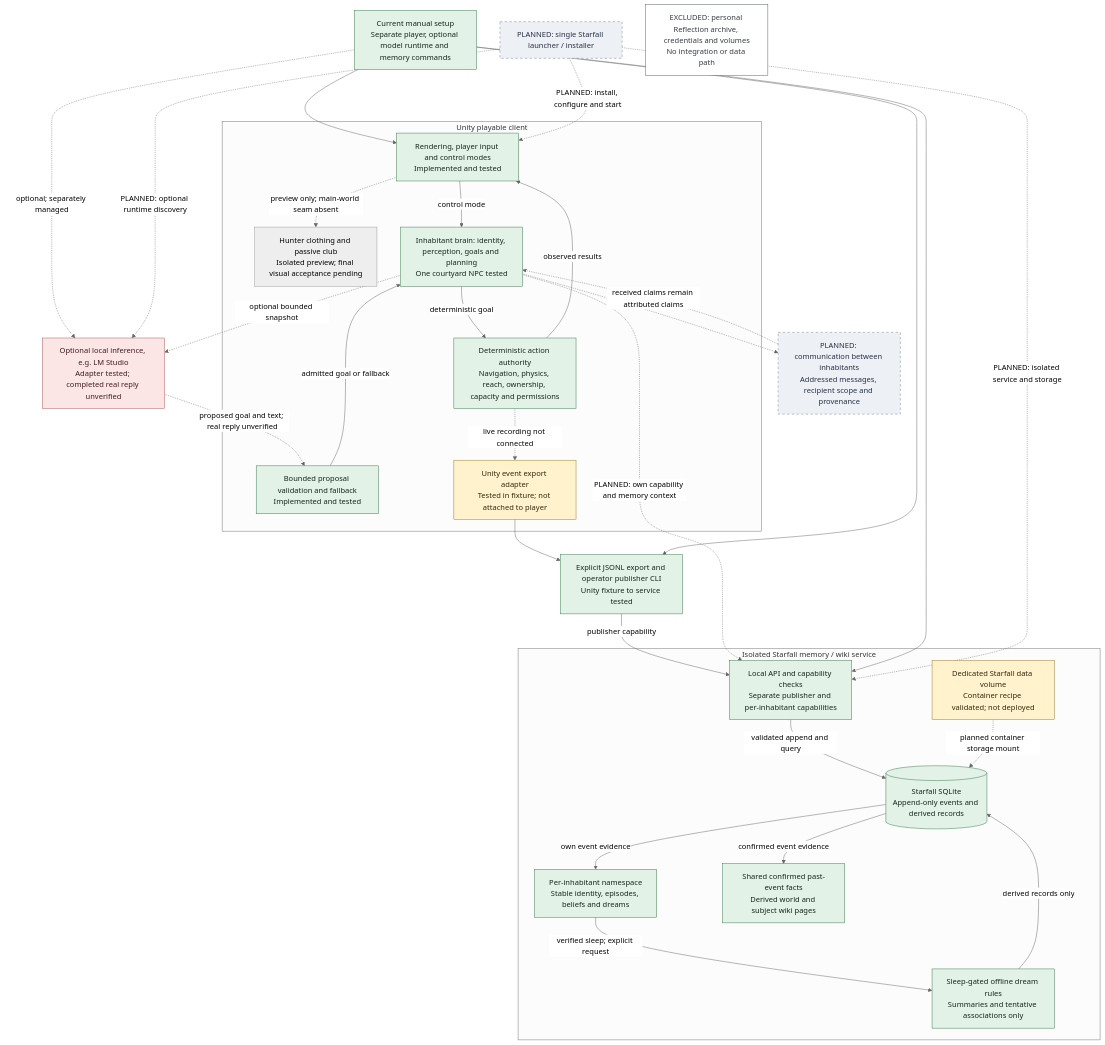
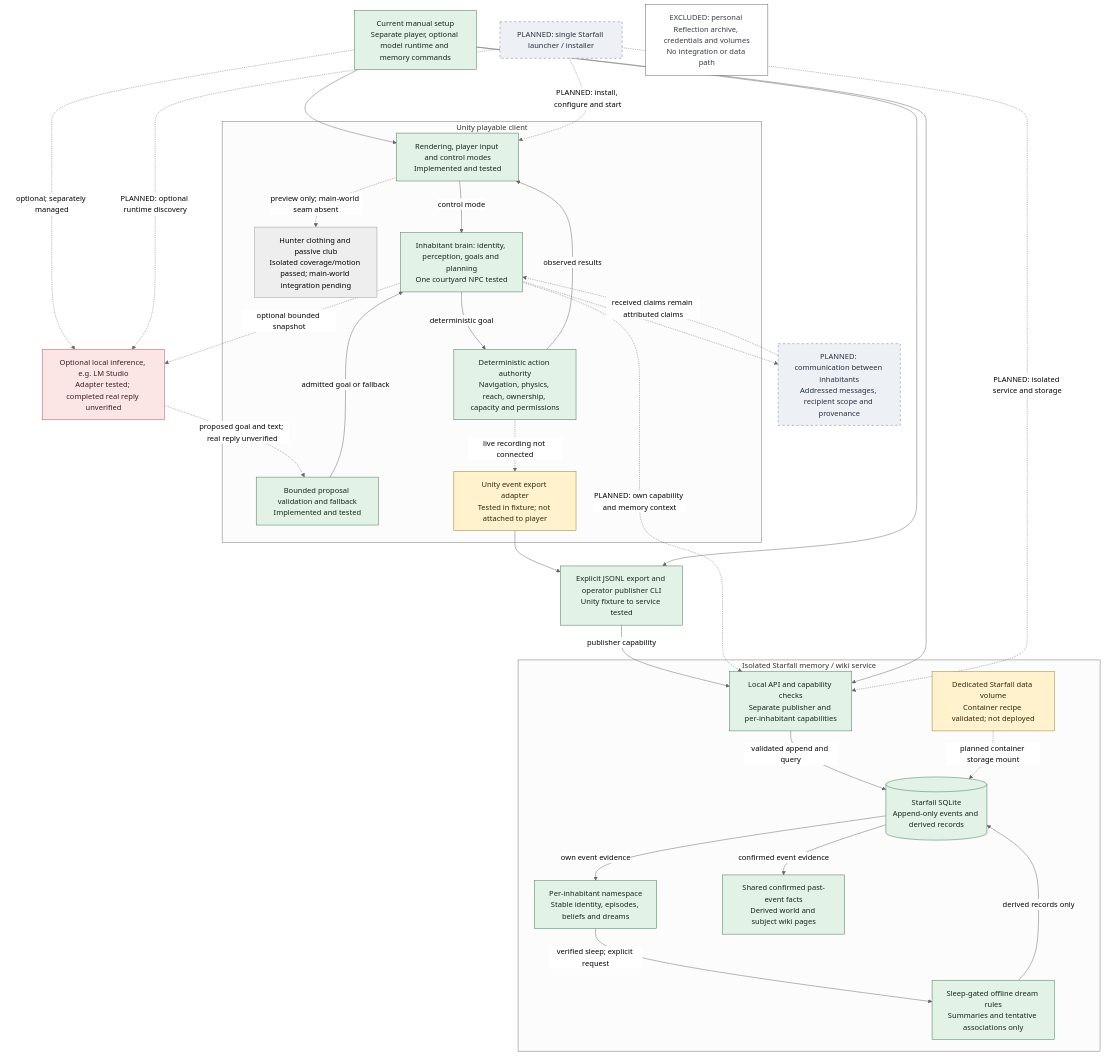
Before and after one commit to duikindiesee/kooker-starfall: the diagram in docs/SYSTEM-ARCHITECTURE.md, drawn with Mermaid (neutral theme). The commit also changed other lines of this file and 22 other files, not shown here.

Commit message:
Record passed isolated hunter coverage and integration handoff evidence

````diff
--- a/docs/SYSTEM-ARCHITECTURE.md
+++ b/docs/SYSTEM-ARCHITECTURE.md
@@ -13,68 +13,68 @@
 ```mermaid
 flowchart TB
     Operator["Current manual setup<br/>Separate player, optional model runtime and memory commands"]
     Launcher["PLANNED: single Starfall launcher / installer"]
 
     subgraph Unity["Unity playable client"]
         Client["Rendering, player input and control modes<br/>Implemented and tested"]
-        Hunter["Hunter clothing and passive club<br/>Isolated preview; final visual acceptance pending"]
+        Hunter["Hunter clothing and passive club<br/>Isolated coverage/motion passed; main-world integration pending"]
         Client -.->|preview only; main-world seam absent| Hunter
         Brain["Inhabitant brain: identity, perception, goals and planning<br/>One courtyard NPC tested"]
         Gate["Bounded proposal validation and fallback<br/>Implemented and tested"]
         Authority["Deterministic action authority<br/>Navigation, physics, reach, ownership, capacity and permissions"]
         Export["Unity event export adapter<br/>Tested in fixture; not attached to player"]
         Client -->|control mode| Brain
         Brain -->|deterministic goal| Authority
         Gate -->|admitted goal or fallback| Brain
         Authority -->|observed results| Client
         Authority -.->|live recording not connected| Export
     end
 
     Inference["Optional local inference, e.g. LM Studio<br/>Adapter tested; completed real reply unverified"]
     Brain -.->|optional bounded snapshot| Inference
     Inference -.->|proposed goal and text; real reply unverified| Gate
 
     Bridge["Explicit JSONL export and operator publisher CLI<br/>Unity fixture to service tested"]
     Export --> Bridge
 
     subgraph Memory["Isolated Starfall memory / wiki service"]
         API["Local API and capability checks<br/>Separate publisher and per-inhabitant capabilities"]
         Private["Per-inhabitant namespace<br/>Stable identity, episodes, beliefs and dreams"]
         Facts["Shared confirmed past-event facts<br/>Derived world and subject wiki pages"]
         Dream["Sleep-gated offline dream rules<br/>Summaries and tentative associations only"]
         DB[("Starfall SQLite<br/>Append-only events and derived records")]
         Volume["Dedicated Starfall data volume<br/>Container recipe validated; not deployed"]
         API -->|validated append and query| DB
         DB -->|own event evidence| Private
         DB -->|confirmed event evidence| Facts
         Private -->|verified sleep; explicit request| Dream
         Dream -->|derived records only| DB
         Volume -.->|planned container storage mount| DB
     end
 
     Bridge -->|publisher capability| API
     Brain -.->|PLANNED: own capability and memory context| API
     Comms["PLANNED: communication between inhabitants<br/>Addressed messages, recipient scope and provenance"]
     Brain -.-> Comms
     Comms -.->|received claims remain attributed claims| Brain
 
     Operator --> Client
     Operator --> Bridge
     Operator --> API
     Operator -.->|optional; separately managed| Inference
     Launcher -.->|PLANNED: install, configure and start| Client
     Launcher -.->|PLANNED: isolated service and storage| API
     Launcher -.->|PLANNED: optional runtime discovery| Inference
     Excluded["EXCLUDED: personal Reflection archive, credentials and volumes<br/>No integration or data path"]
 
     classDef tested fill:#e2f2e6,stroke:#39774b,color:#17251a
     classDef unwired fill:#fff2cc,stroke:#987820,color:#30270b
     classDef planned fill:#edf0f5,stroke:#737f91,color:#253044,stroke-dasharray:5 5
     classDef unverified fill:#fbe5e5,stroke:#aa5757,color:#421b1b
     classDef excluded fill:#ffffff,stroke:#545b64,color:#353b43
     class Operator,Client,Brain,Gate,Authority,Bridge,API,Private,Facts,Dream,DB tested
     class Export,Volume unwired
     class Launcher,Comms planned
     class Excluded excluded
     class Inference unverified
 ```
````
